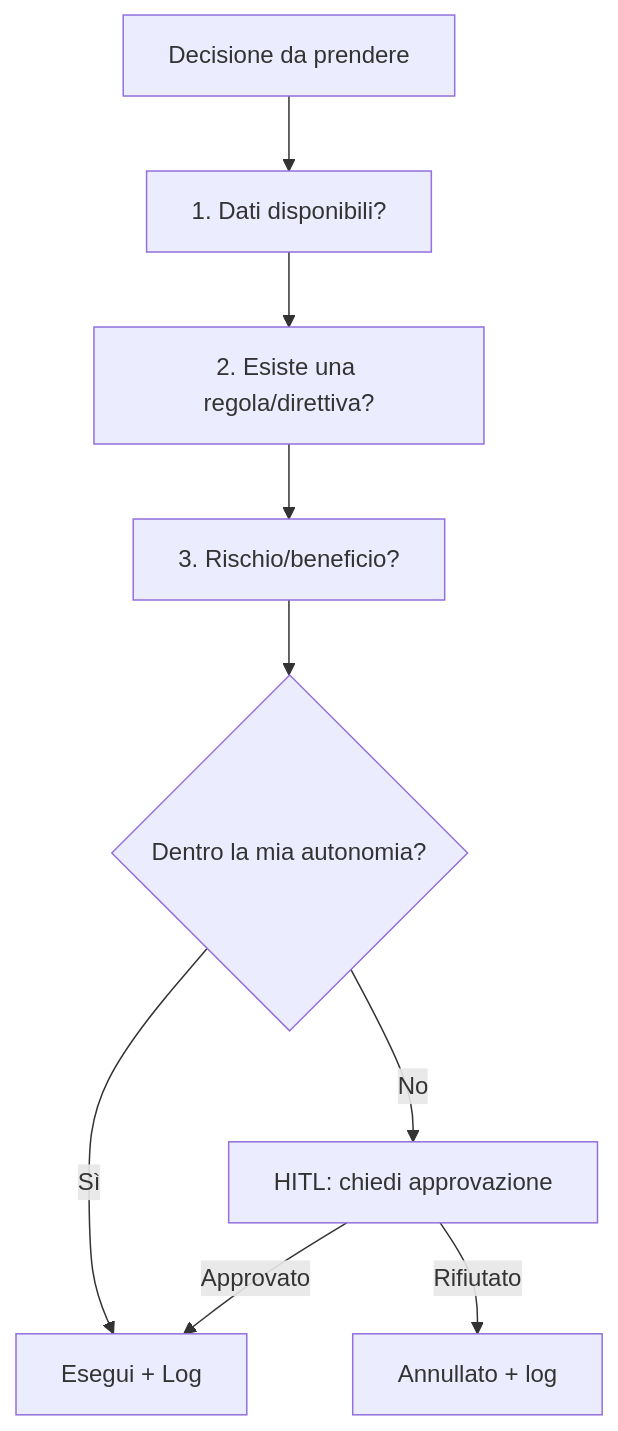
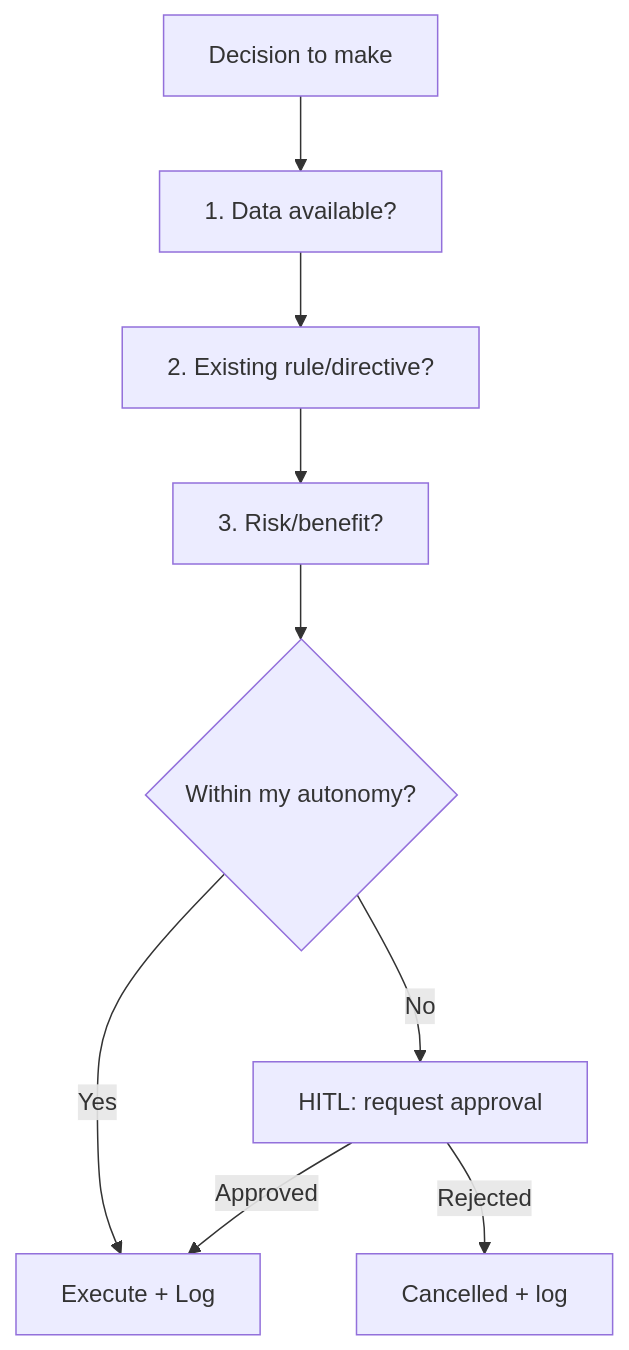
Before and after one commit to GravyaDev/trdex: the second of 2 diagrams in ai-operations-registry/decision-chain.md, drawn with Mermaid. The commit also changed other lines of this file and 10 other files, not shown here.

````diff
--- a/ai-operations-registry/decision-chain.md
+++ b/ai-operations-registry/decision-chain.md
@@ -38,12 +38,12 @@
 ```mermaid
 flowchart TD
-    A["Decisione da prendere"] --> B["1. Dati disponibili?"]
-    B --> C["2. Esiste una regola/direttiva?"]
-    C --> D["3. Rischio/beneficio?"]
-    D --> E{"Dentro la mia autonomia?"}
+    A["Decision to make"] --> B["1. Data available?"]
+    B --> C["2. Existing rule/directive?"]
+    C --> D["3. Risk/benefit?"]
+    D --> E{"Within my autonomy?"}
     
-    E -- Sì --> F["Esegui + Log"]
-    E -- No --> G["HITL: chiedi approvazione"]
-    G -->|"Approvato"| F
-    G -->|"Rifiutato"| H["Annullato + log"]
+    E -- Yes --> F["Execute + Log"]
+    E -- No --> G["HITL: request approval"]
+    G -->|"Approved"| F
+    G -->|"Rejected"| H["Cancelled + log"]
 ```
````
